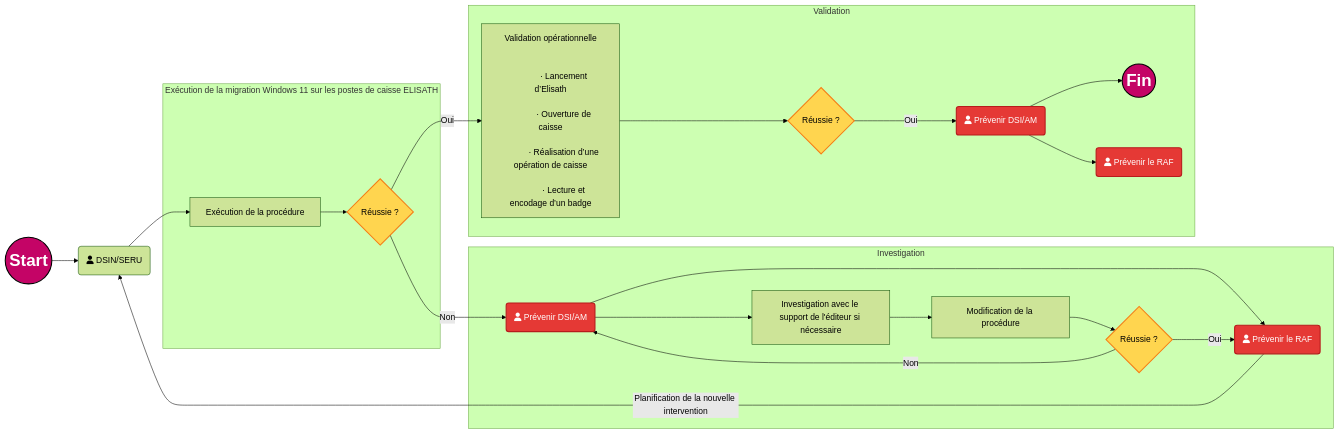
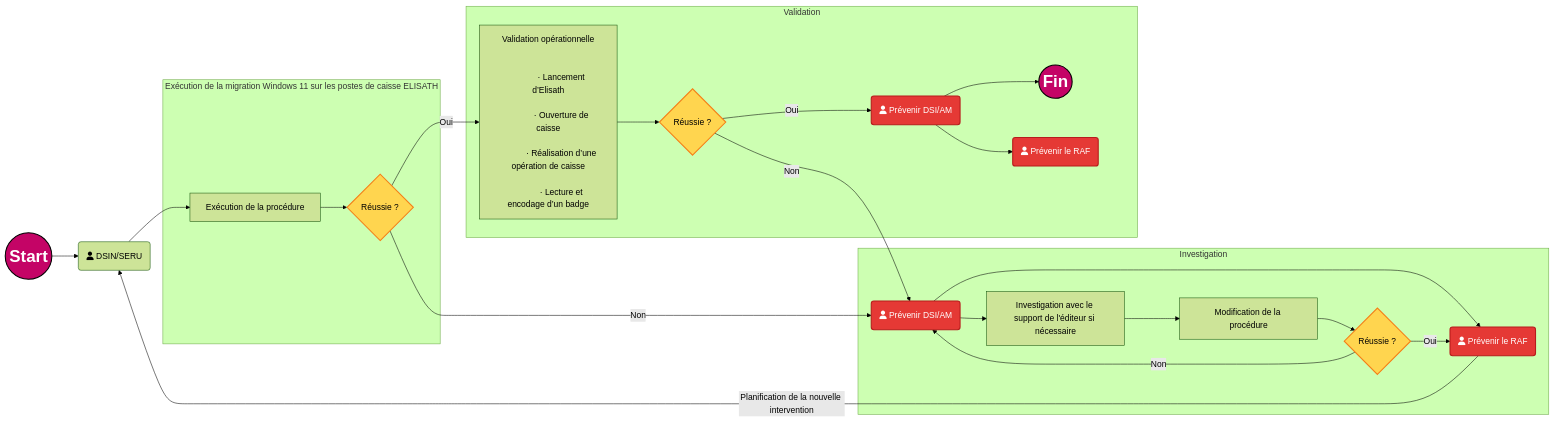
Before and after one commit to fdadda/iodraw-files: the diagram in all/Flux de validation.md, drawn with Mermaid (forest theme).

Commit message:
2026-05-12 11:46:41 update

````diff
--- a/all/Flux de validation.md
+++ b/all/Flux de validation.md
@@ -1,60 +1,60 @@
 ```mermaid
 flowchart LR
 
     start((Start)) --> A
     A(fa:fa-user DSIN/SERU) --> B[Exécution de la procédure]
 
     subgraph Exécution de la migration Windows 11 sur les postes de caisse ELISATH
         B --> C{Réussie ?}
     end
 
     subgraph Validation
         C -->|Oui| D["Validation opérationnelle<br/><br/>
             · Lancement d’Elisath<br/>
             · Ouverture de caisse<br/>
             · Réalisation d’une opération de caisse<br/>
             · Lecture et encodage d’un badge"]
 
         D --> Val{Réussie ?}
 
         Val -->|Oui| PrevDSI(fa:fa-user Prévenir DSI/AM)
        
         PrevDSI --> fin((Fin))
         PrevDSI  --> PrevRAF(fa:fa-user Prévenir le RAF)
     end
-
+    Val --> |Non| E
     subgraph Investigation
         C -->|Non| E(fa:fa-user Prévenir DSI/AM)
         E --> F(fa:fa-user Prévenir le RAF)
         E --> G[Investigation avec le support de l'éditeur si nécessaire]
         G --> H[Modification de la procédure]
         H --> I{Réussie ?}
         I -->|Oui| F
         I -->|Non| E
     end
 
     F -->|Planification de la nouvelle intervention| A
 
     %% --- STYLES ---
-    classDef StartEndPoint fill:#c40466,stroke:#000,color:#fff,stroke-width:2px,font-size:16px,font-weight:bold;
+    classDef StartEndPoint fill:#c40466,stroke:#000,color:#fff,stroke-width:2px,font-size:6,font-weight:bold;
     classDef decision      fill:#ffd54f,stroke:#f57f17,color:#000,stroke-width:2px;
     classDef error         fill:#e53935,stroke:#b71c1c,color:#fff,stroke-width:2px;
 
     %% --- AFFECTATION DES CLASSES ---
     class start,fin StartEndPoint;
     class C,I,Val decision;
     class E,F,PrevDSI,PrevRAF error;
 
     %% --- “CEINTURE + BRETELLES” (force le style sur les 2 nœuds) ---
     style start font-size:32px,font-weight:bold
     style fin   font-size:32px,font-weight:bold
 
     %% --- Codes couleur (commentaires) ---
     %% Bleu marine #000080
     %% Midnight blue #191970
     %% Bleu foncé intense #080F70
     %% Bleu foncé moderne #111184
     %% Orange #ffd54f
     %% Rouge #e53935
     %% Rose CAPI #c40466
 ```
````
